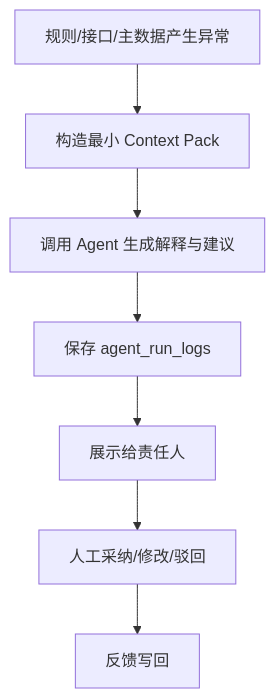
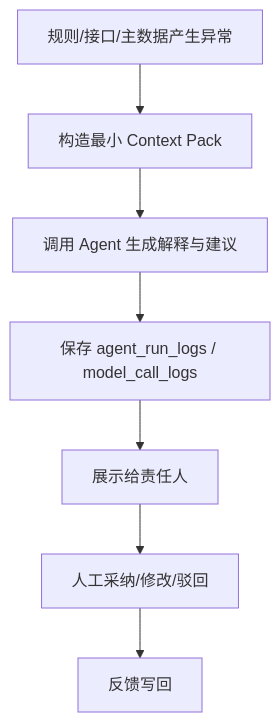
The second of 2 diagrams in docs/v2-order-middle-platform-design.md (kaimw/jm-sp-bot), drawn with Mermaid before and after one commit. The commit also changed other lines of this file and 40 other files, not shown here.

````diff
--- a/docs/v2-order-middle-platform-design.md
+++ b/docs/v2-order-middle-platform-design.md
@@ -783,9 +1435,9 @@
 ```mermaid
 flowchart TD
   A["规则/接口/主数据产生异常"] --> B["构造最小 Context Pack"]
   B --> C["调用 Agent 生成解释与建议"]
-  C --> D["保存 agent_run_logs"]
+  C --> D["保存 agent_run_logs / model_call_logs"]
   D --> E["展示给责任人"]
   E --> F["人工采纳/修改/驳回"]
   F --> G["反馈写回"]
 ```
````
